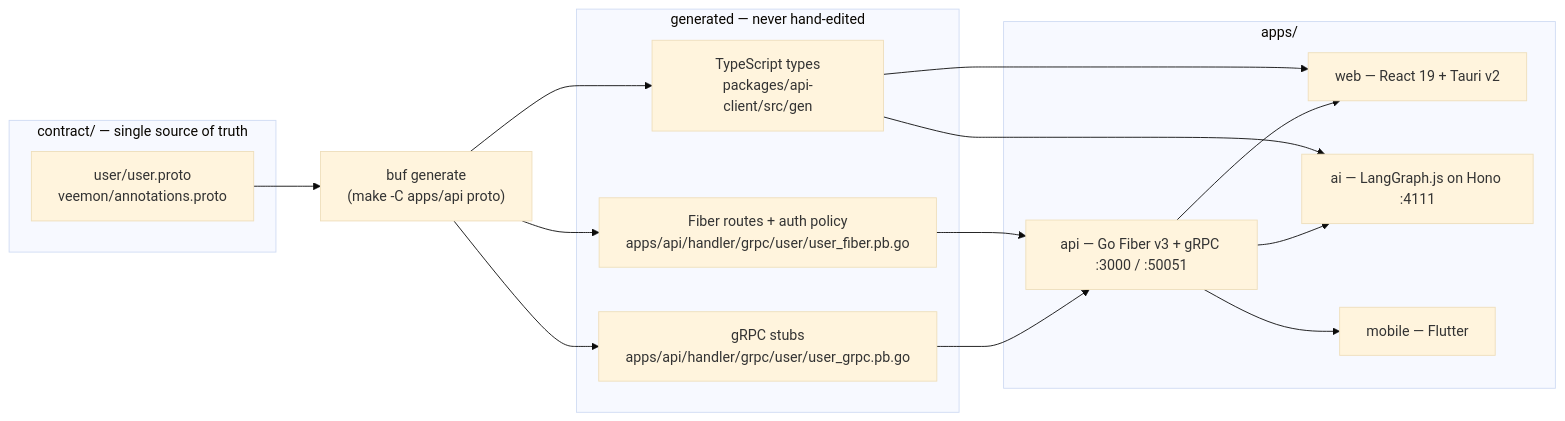
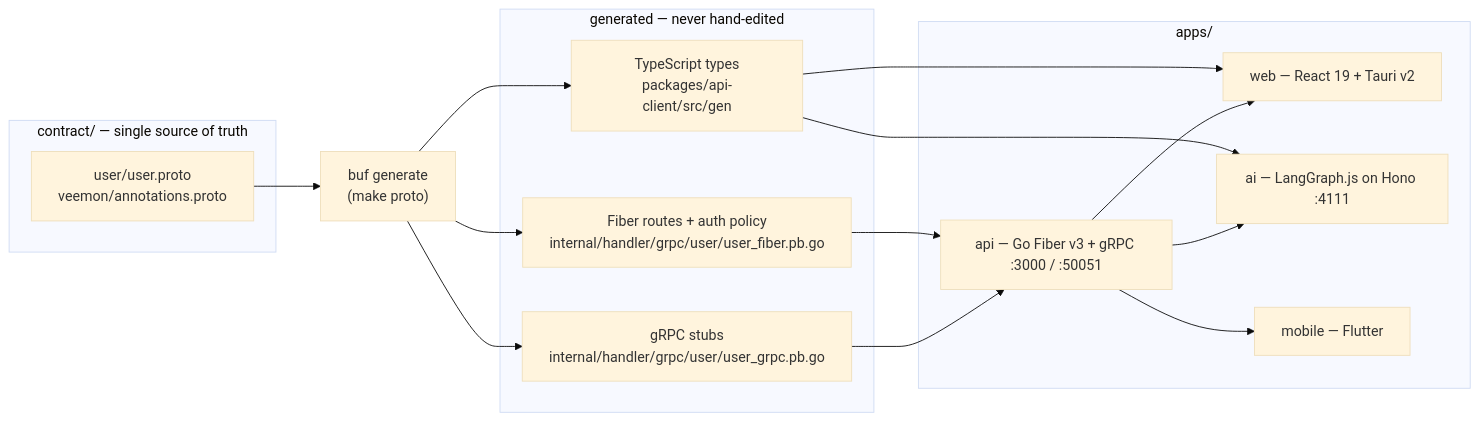
Before and after one commit to 5PM-Labs/Veemon: the diagram in README.md, drawn with Mermaid (base theme). The commit also changed other lines of this file and 170 other files, not shown here.

````diff
--- a/README.md
+++ b/README.md
@@ -25,34 +25,34 @@
 ```mermaid
 flowchart LR
   subgraph src["contract/ — single source of truth"]
     proto["user/user.proto<br/>veemon/annotations.proto"]
   end
 
-  buf["buf generate<br/>(make -C apps/api proto)"]
+  buf["buf generate<br/>(make proto)"]
 
   subgraph gen["generated — never hand-edited"]
-    fiber["Fiber routes + auth policy<br/>apps/api/handler/grpc/user/user_fiber.pb.go"]
-    grpc["gRPC stubs<br/>apps/api/handler/grpc/user/user_grpc.pb.go"]
+    fiber["Fiber routes + auth policy<br/>internal/handler/grpc/user/user_fiber.pb.go"]
+    grpc["gRPC stubs<br/>internal/handler/grpc/user/user_grpc.pb.go"]
     ts["TypeScript types<br/>packages/api-client/src/gen"]
   end
 
   subgraph apps["apps/"]
     api["api — Go Fiber v3 + gRPC :3000 / :50051"]
     web["web — React 19 + Tauri v2"]
     ai["ai — LangGraph.js on Hono :4111"]
     mob["mobile — Flutter"]
   end
 
   proto --> buf
   buf --> fiber
   buf --> grpc
   buf --> ts
 
   fiber --> api
   grpc --> api
   ts --> web
   ts --> ai
   api --> mob
   api --> web
   api --> ai
 ```
````
